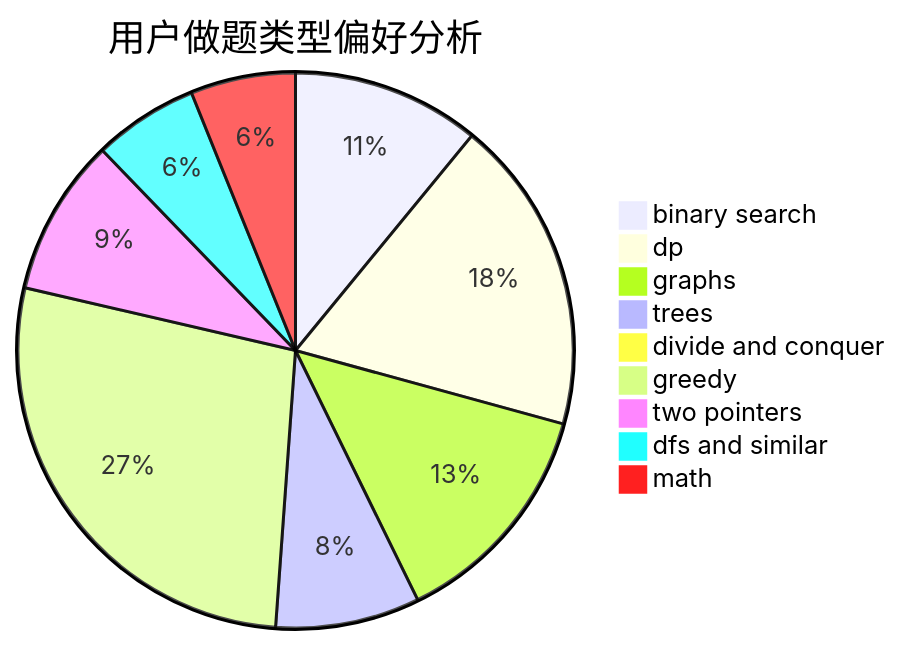
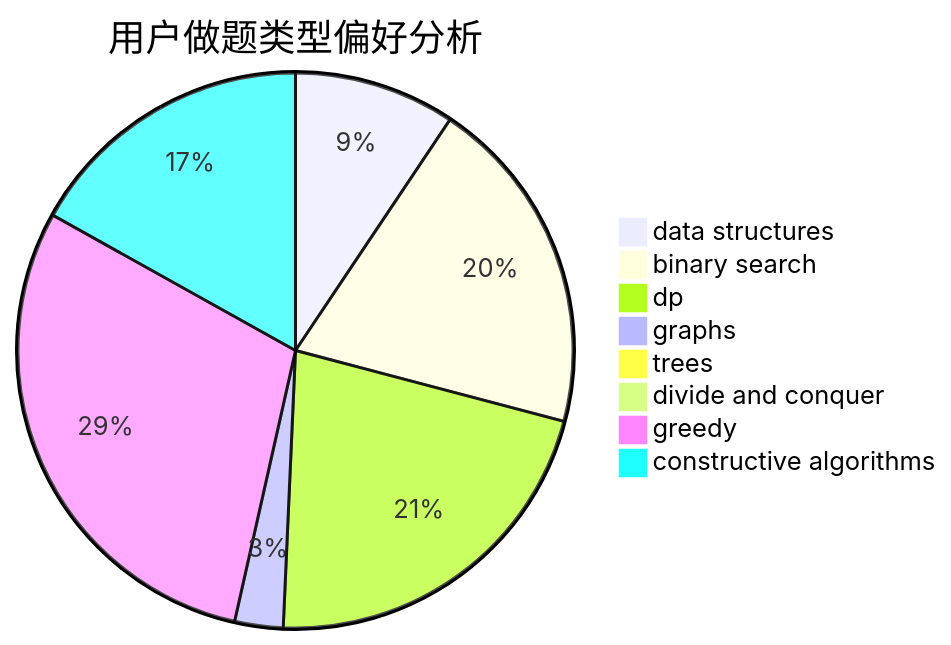
The second of 3 diagrams in docs/user/u1392.md (sherpahu/cfrs.github.io), drawn with Mermaid before and after one commit. The commit also changed other lines of this file and 2775 other files, not shown here.

````diff
--- a/docs/user/u1392.md
+++ b/docs/user/u1392.md
@@ -23,12 +23,11 @@
 ```mermaid
 pie title 用户做题类型偏好分析
-    "binary search" :  43
-    "dp" :  72
-    "graphs" :  53
-    "trees" :  33
+    "data structures" :  20
+    "binary search" :  42
+    "dp" :  46
+    "graphs" :  6
+    "trees" :  1
     "divide and conquer" :  0
-    "greedy" :  108
-    "two pointers" :  36
-    "dfs and similar" :  24
-    "math" :  24
+    "greedy" :  63
+    "constructive algorithms" :  36
 ```
````
